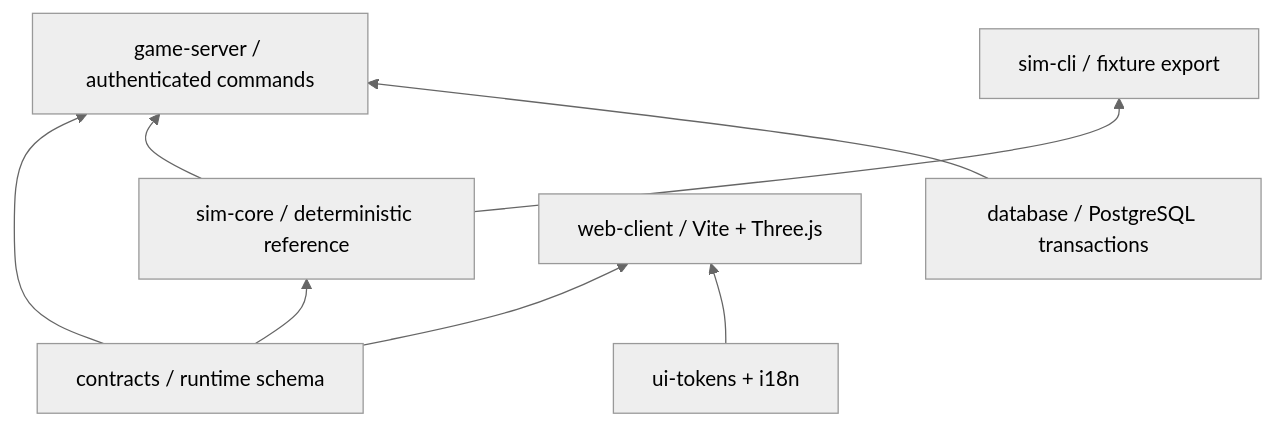
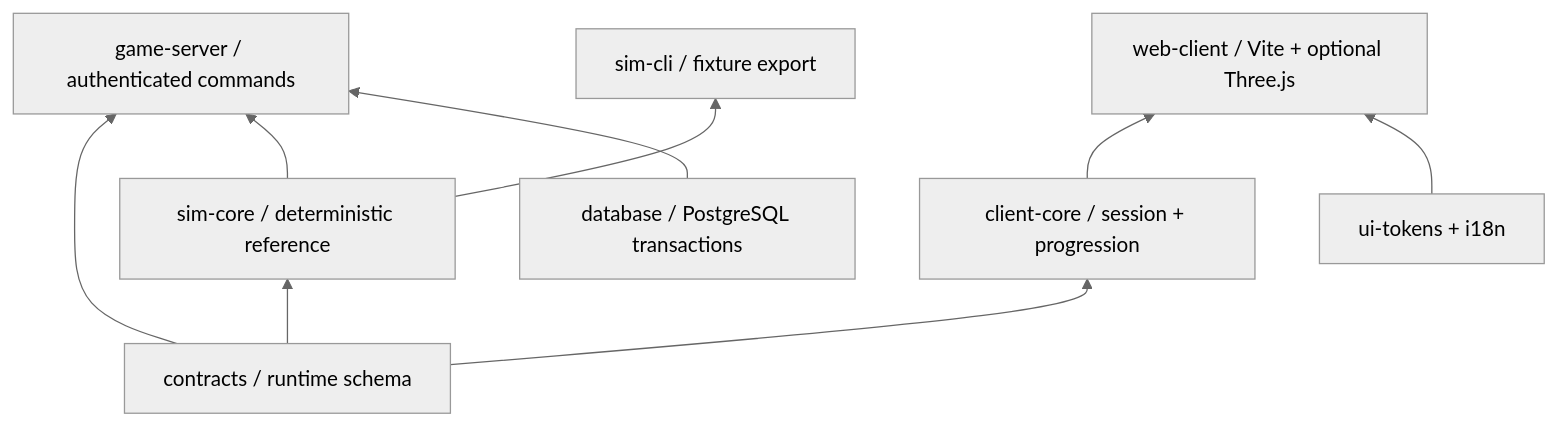
The diagram in docs/implementation/FOUNDATION.md (GloryXia/stars), drawn with Mermaid (neutral theme) before and after one commit. The commit also changed other lines of this file and 47 other files, not shown here.

First line of the commit message:
Implement civilization progression and adaptive 3D client

````diff
--- a/docs/implementation/FOUNDATION.md
+++ b/docs/implementation/FOUNDATION.md
@@ -7,10 +11,11 @@
 ```mermaid
 flowchart BT
   Contracts[contracts / runtime schema] --> Core[sim-core / deterministic reference]
   Contracts --> Server[game-server / authenticated commands]
   Core --> Server
   Database[database / PostgreSQL transactions] --> Server
-  Contracts --> Web[web-client / Vite + Three.js]
+  Contracts --> Client[client-core / session + progression]
+  Client --> Web[web-client / Vite + optional Three.js]
   Tokens[ui-tokens + i18n] --> Web
   Core --> CLI[sim-cli / fixture export]
 ```
````
